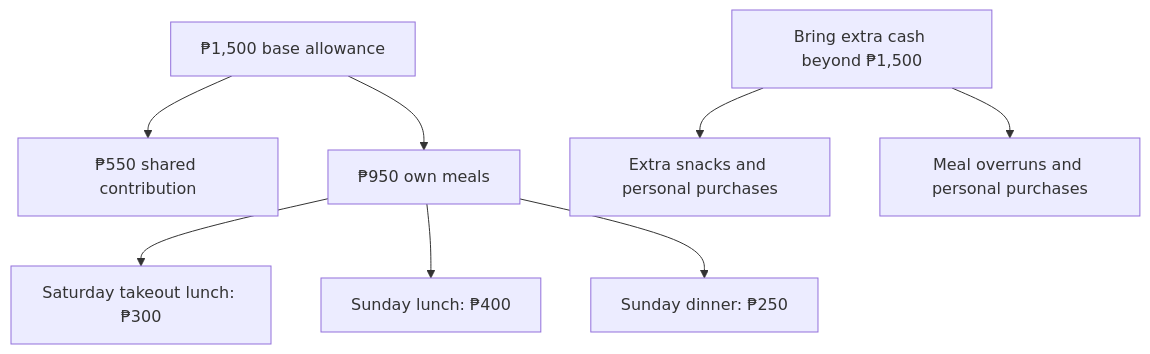
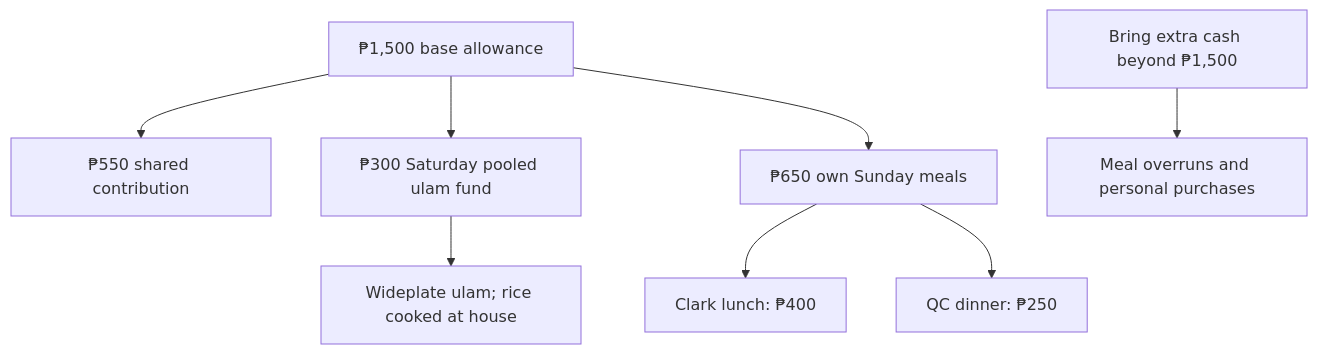
One commit to itsmcliam/Birthday-Plan changed the diagram in assets/budget.mmd. Above: the diagram before and after it, drawn with Mermaid. The commit also changed 5 other files, not shown here.

Commit message:
Plan ATV before Clark Parade Grounds lunch, walking and optional museum and bikes

```diff
--- a/assets/budget.mmd
+++ b/assets/budget.mmd
@@ -1,8 +1,8 @@
 flowchart TD
     A["₱1,500 base allowance"] --> B["₱550 shared contribution"]
-    A --> C["₱950 own meals"]
-    C --> D["Saturday takeout lunch: ₱300"]
-    C --> E["Sunday lunch: ₱400"]
-    C --> F["Sunday dinner: ₱250"]
-    G["Bring extra cash beyond ₱1,500"] --> H["Extra snacks and personal purchases"]
-    G --> I["Meal overruns and personal purchases"]
+    A --> C["₱300 Saturday pooled ulam fund"]
+    A --> D["₱650 own Sunday meals"]
+    C --> E["Wideplate ulam; rice cooked at house"]
+    D --> F["Clark lunch: ₱400"]
+    D --> G["QC dinner: ₱250"]
+    H["Bring extra cash beyond ₱1,500"] --> I["Meal overruns and personal purchases"]
```
